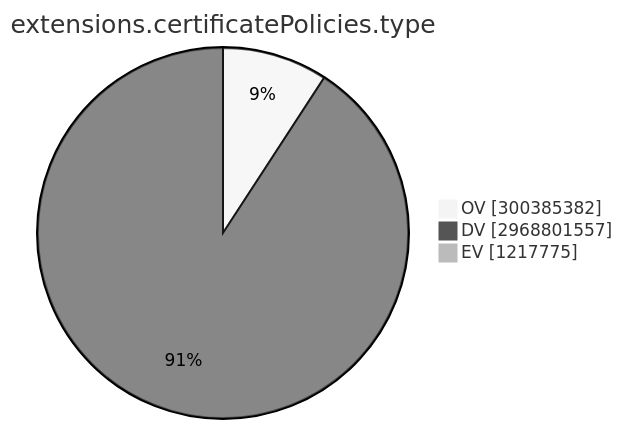
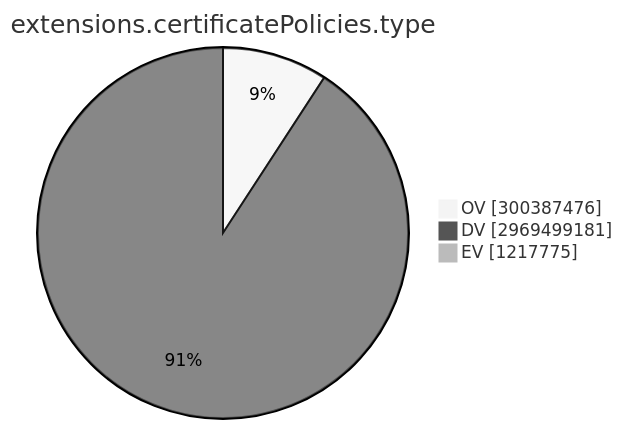
Before and after one commit to christiankrug/ctmonitor_visualization: the ninth of 15 diagrams in TOTAL/README.md, drawn with Mermaid (neutral theme). The commit also changed other lines of this file, not shown here.

````diff
--- a/TOTAL/README.md
+++ b/TOTAL/README.md
@@ -3101,7 +3101,7 @@
 ```mermaid
 pie showData
 title extensions.certificatePolicies.type
-"OV" :300385382
-"DV" :2968801557
+"OV" :300387476
+"DV" :2969499181
 "EV" :1217775
 ```
````
